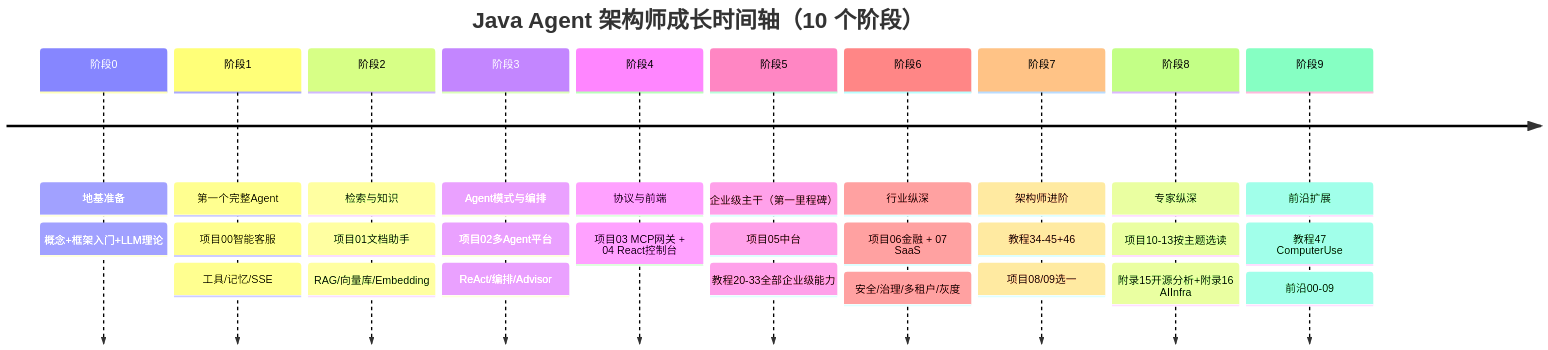
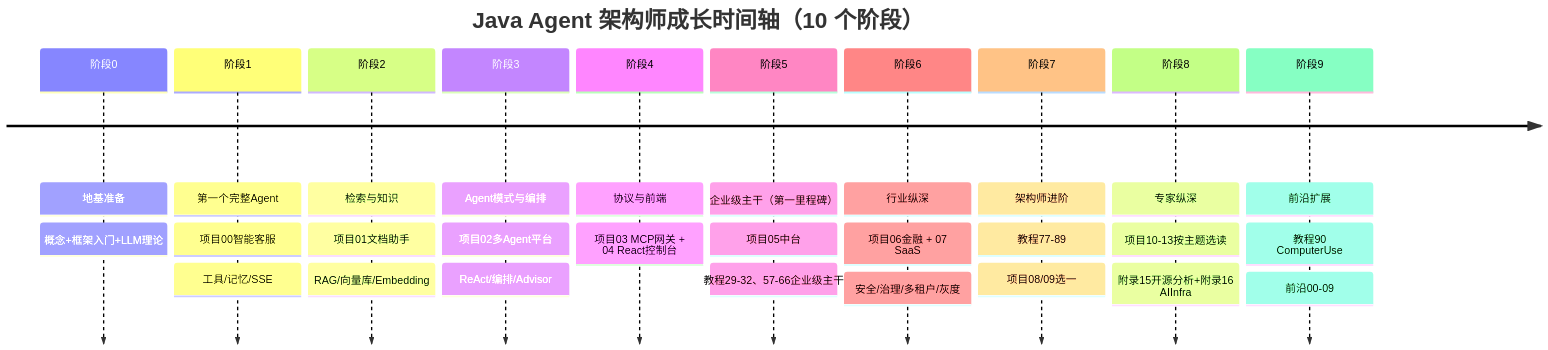
The first of 3 diagrams in docs/README.md (UranusGit/java-agent-learn), drawn with Mermaid before and after one commit. The commit also changed other lines of this file and 658 other files, not shown here.

````diff
--- a/docs/README.md
+++ b/docs/README.md
@@ -279,14 +285,14 @@
 ```mermaid
 timeline
     title Java Agent 架构师成长时间轴（10 个阶段）
     阶段0 : 地基准备 : 概念+框架入门+LLM理论
     阶段1 : 第一个完整Agent : 项目00智能客服 : 工具/记忆/SSE
     阶段2 : 检索与知识 : 项目01文档助手 : RAG/向量库/Embedding
     阶段3 : Agent模式与编排 : 项目02多Agent平台 : ReAct/编排/Advisor
     阶段4 : 协议与前端 : 项目03 MCP网关 + 04 React控制台
-    阶段5 : 企业级主干（第一里程碑） : 项目05中台 : 教程20-33全部企业级能力
+    阶段5 : 企业级主干（第一里程碑） : 项目05中台 : 教程29-32、57-66企业级主干
     阶段6 : 行业纵深 : 项目06金融 + 07 SaaS : 安全/治理/多租户/灰度
-    阶段7 : 架构师进阶 : 教程34-45+46 : 项目08/09选一
+    阶段7 : 架构师进阶 : 教程77-89 : 项目08/09选一
     阶段8 : 专家纵深 : 项目10-13按主题选读 : 附录15开源分析+附录16 AIInfra
-    阶段9 : 前沿扩展 : 教程47 ComputerUse : 前沿00-09
+    阶段9 : 前沿扩展 : 教程90 ComputerUse : 前沿00-09
 ```
````
